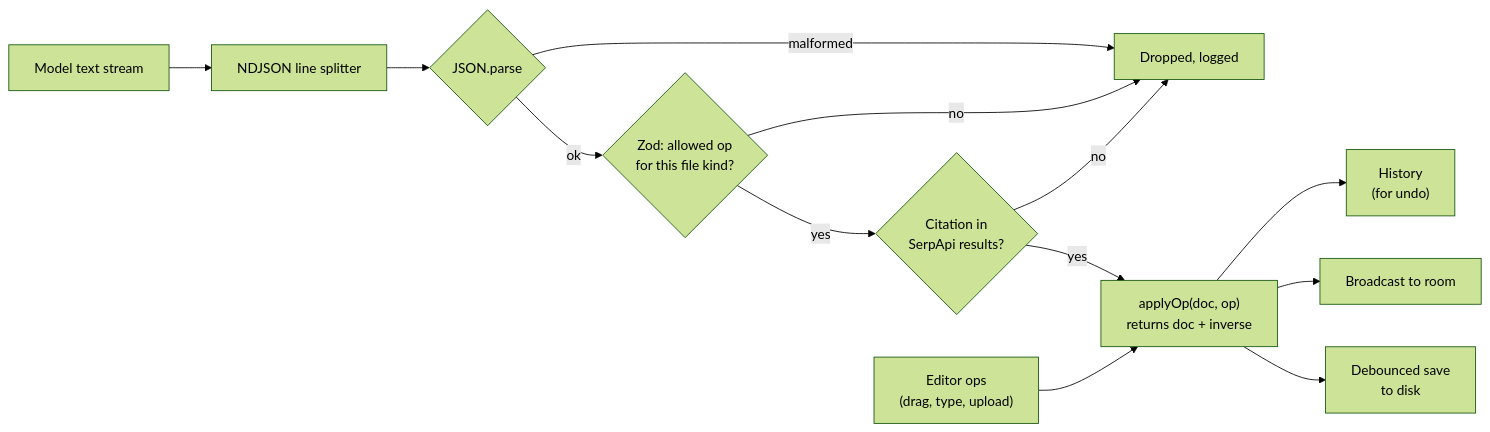
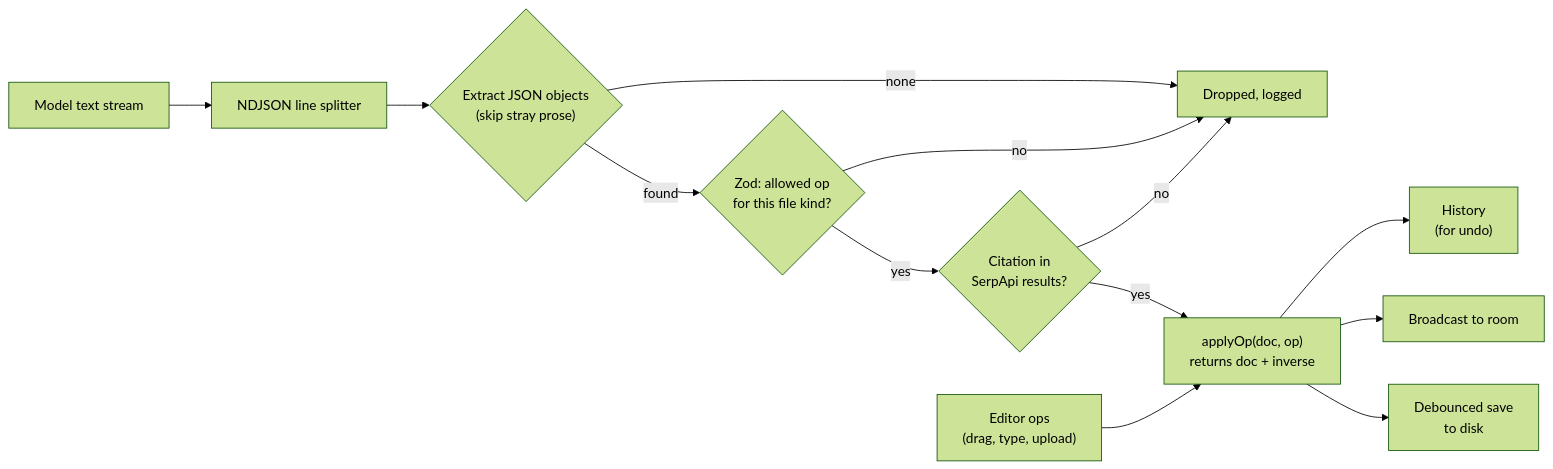
One commit to VyomDW/HackTX26 changed the second of 7 diagrams in README.md. Above: the diagram before and after it, drawn with Mermaid (forest theme). The commit also changed other lines of this file and 2 other files, not shown here.

````diff
--- a/README.md
+++ b/README.md
@@ -145,15 +150,15 @@
 ```mermaid
 flowchart LR
     A["Model text stream"] --> B["NDJSON line splitter"]
-    B --> C{"JSON.parse"}
-    C -- malformed --> X["Dropped, logged"]
-    C -- ok --> D{"Zod: allowed op<br/>for this file kind?"}
+    B --> C{"Extract JSON objects<br/>(skip stray prose)"}
+    C -- none --> X["Dropped, logged"]
+    C -- found --> D{"Zod: allowed op<br/>for this file kind?"}
     D -- no --> X
     D -- yes --> E{"Citation in<br/>SerpApi results?"}
     E -- no --> X
     E -- yes --> F["applyOp(doc, op)<br/>returns doc + inverse"]
     U["Editor ops<br/>(drag, type, upload)"] --> F
     F --> G["History<br/>(for undo)"]
     F --> H["Broadcast to room"]
     F --> P["Debounced save<br/>to disk"]
 ```
````
